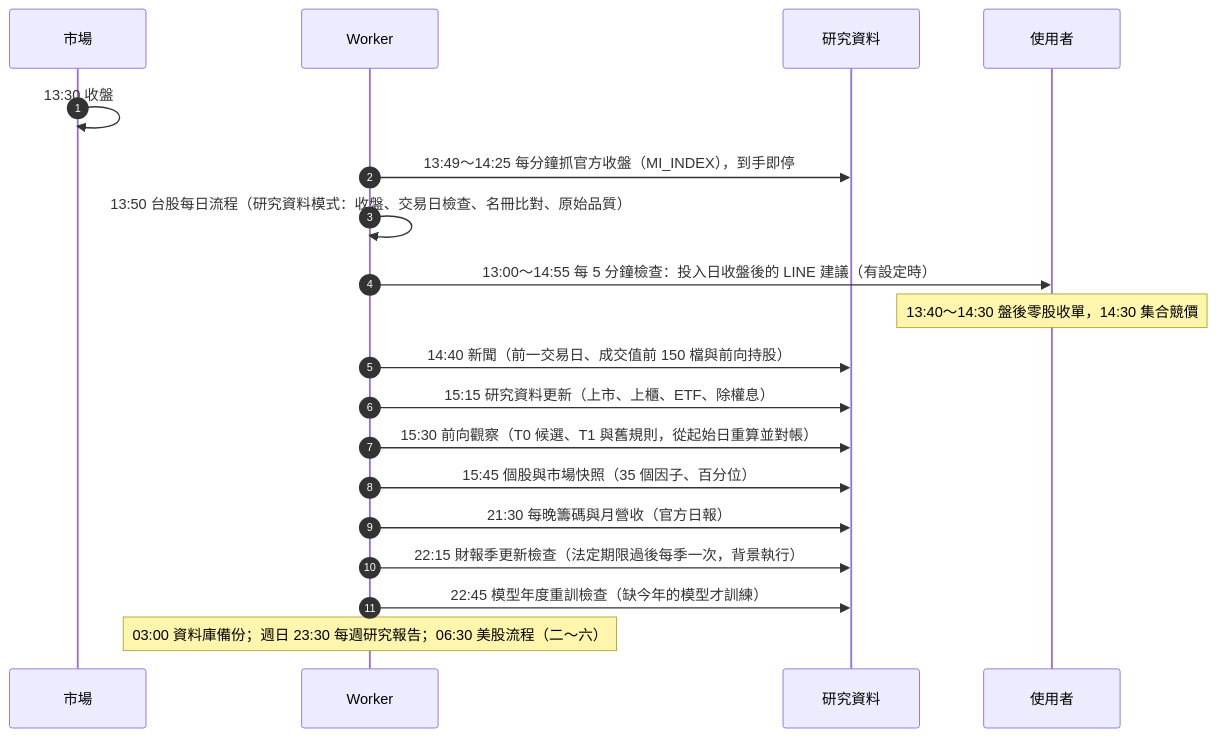
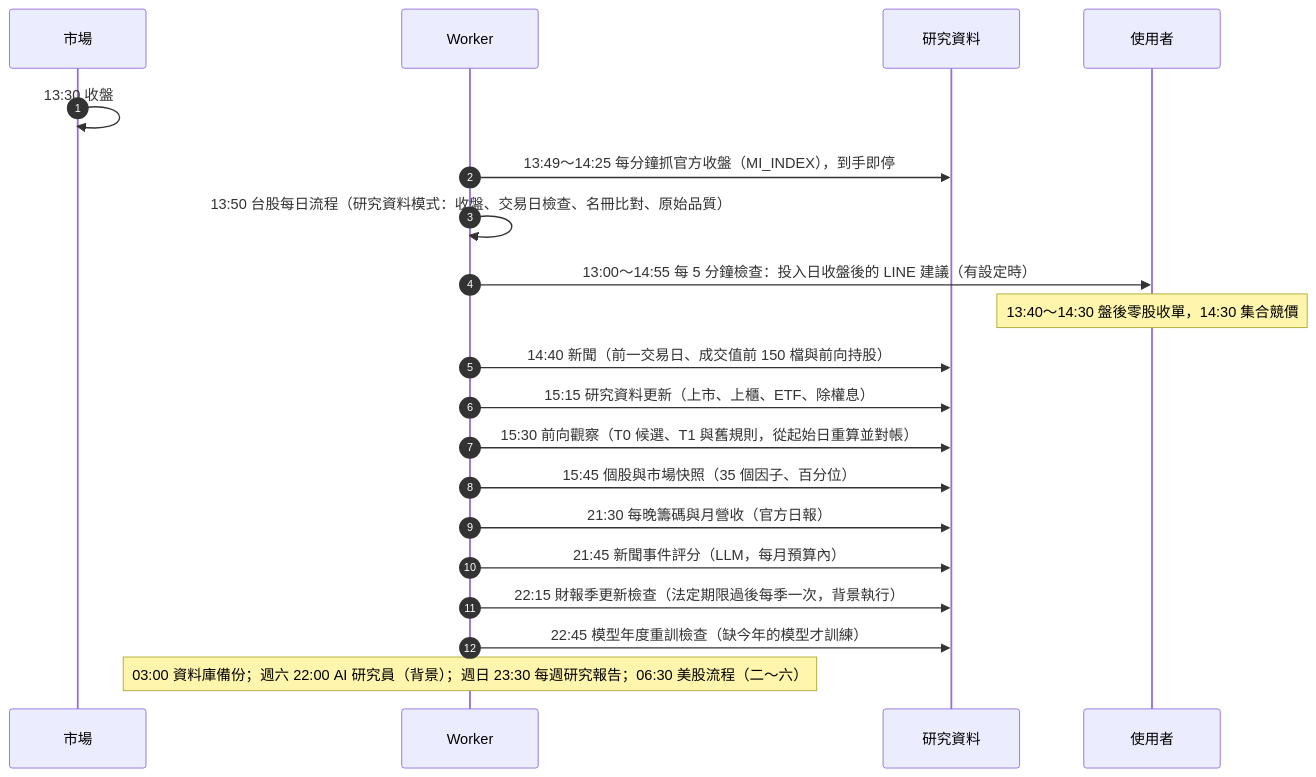
One commit to ryan73093/StockResearch changed the second of 7 diagrams in docs/system_architecture.md. Above: the diagram before and after it, drawn with Mermaid. The commit also changed other lines of this file and 37 other files, not shown here.

````diff
--- a/docs/system_architecture.md
+++ b/docs/system_architecture.md
@@ -93,22 +94,23 @@
 ```mermaid
 sequenceDiagram
     autonumber
     participant M as 市場
     participant W as Worker
     participant R as 研究資料
     participant U as 使用者
 
     M->>M: 13:30 收盤
     W->>R: 13:49～14:25 每分鐘抓官方收盤（MI_INDEX），到手即停
     W->>W: 13:50 台股每日流程（研究資料模式：收盤、交易日檢查、名冊比對、原始品質）
     W->>U: 13:00～14:55 每 5 分鐘檢查：投入日收盤後的 LINE 建議（有設定時）
     Note over U: 13:40～14:30 盤後零股收單，14:30 集合競價
     W->>R: 14:40 新聞（前一交易日、成交值前 150 檔與前向持股）
     W->>R: 15:15 研究資料更新（上市、上櫃、ETF、除權息）
     W->>R: 15:30 前向觀察（T0 候選、T1 與舊規則，從起始日重算並對帳）
     W->>R: 15:45 個股與市場快照（35 個因子、百分位）
     W->>R: 21:30 每晚籌碼與月營收（官方日報）
+    W->>R: 21:45 新聞事件評分（LLM，每月預算內）
     W->>R: 22:15 財報季更新檢查（法定期限過後每季一次，背景執行）
     W->>R: 22:45 模型年度重訓檢查（缺今年的模型才訓練）
-    Note over W: 03:00 資料庫備份；週日 23:30 每週研究報告；06:30 美股流程（二～六）
+    Note over W: 03:00 資料庫備份；週六 22:00 AI 研究員（背景）；週日 23:30 每週研究報告；06:30 美股流程（二～六）
 ```
````
